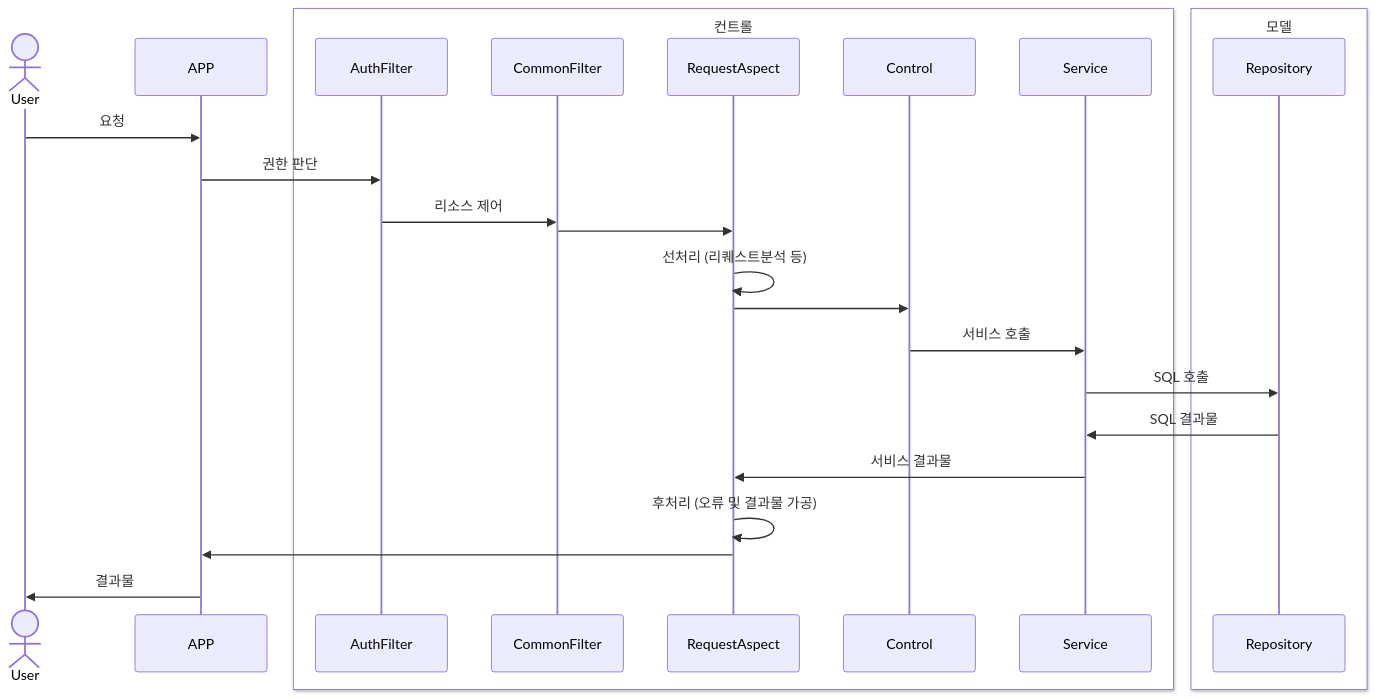
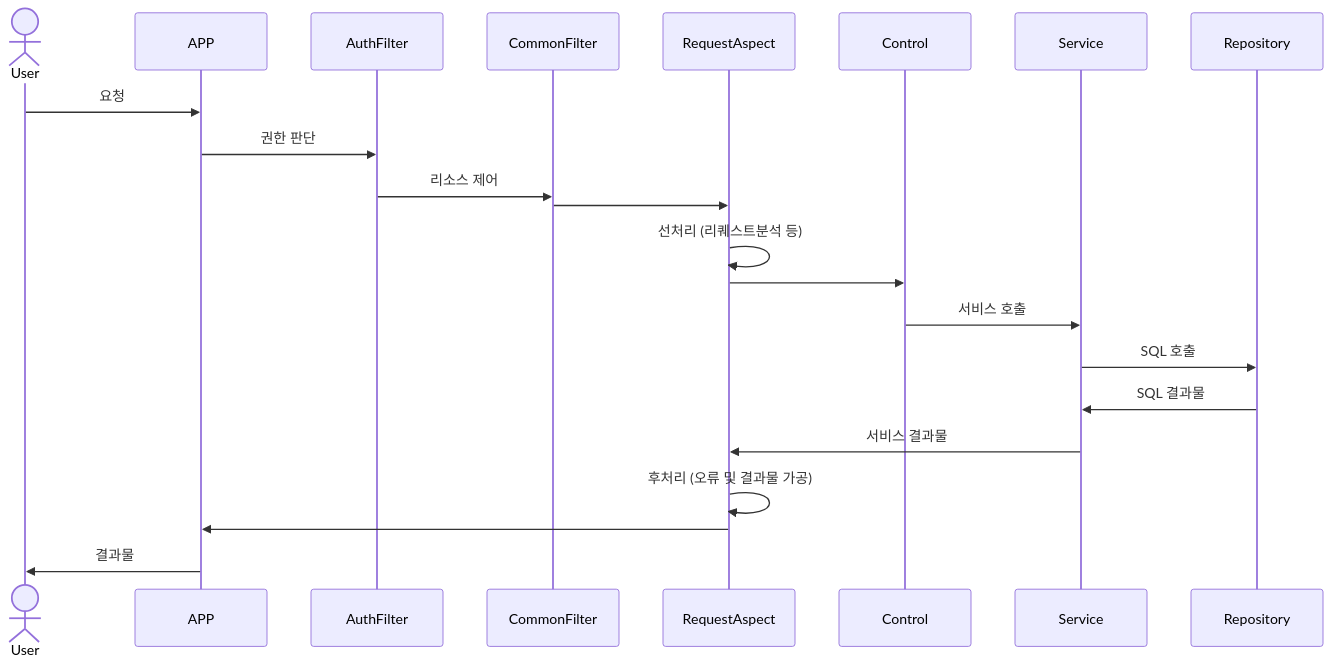
The first of 2 diagrams in documents/04-webservicedevelop.md (lupfeliz/legacy-java-was), drawn with Mermaid before and after one commit. The commit also changed other lines of this file and 1 other file, not shown here.

Commit message:
mermaid 문서 테스트 (신규문법 등)

````diff
--- a/documents/04-webservicedevelop.md
+++ b/documents/04-webservicedevelop.md
@@ -11,28 +11,24 @@
 ```mermaid
 sequenceDiagram
 Actor User
 participant APP
-box White 컨트롤
 participant AuthFilter
 participant CommonFilter
 participant RequestAspect
 participant Control
 participant Service
-end
-box White 모델
 participant Repository
-end
 User ->> APP: 요청
 APP ->> AuthFilter: 권한 판단
 AuthFilter ->> CommonFilter: 리소스 제어
 CommonFilter ->> RequestAspect: 　
 RequestAspect ->> RequestAspect: 선처리 (리퀘스트분석 등)
 RequestAspect ->> Control: 　
 Control ->> Service: 서비스 호출
 Service ->> Repository: SQL 호출
 Repository ->> Service: SQL 결과물
 Service ->> RequestAspect: 서비스 결과물
 RequestAspect ->> RequestAspect: 후처리 (오류 및 결과물 가공)
 RequestAspect ->> APP: 　
 APP ->>User: 결과물
 ```
````
